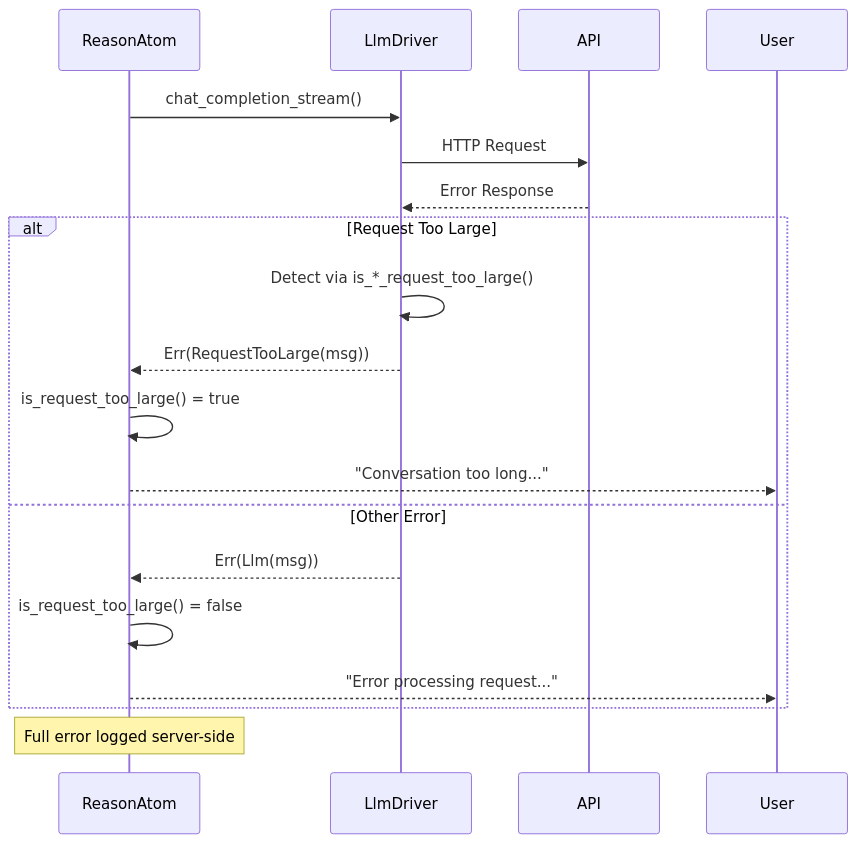
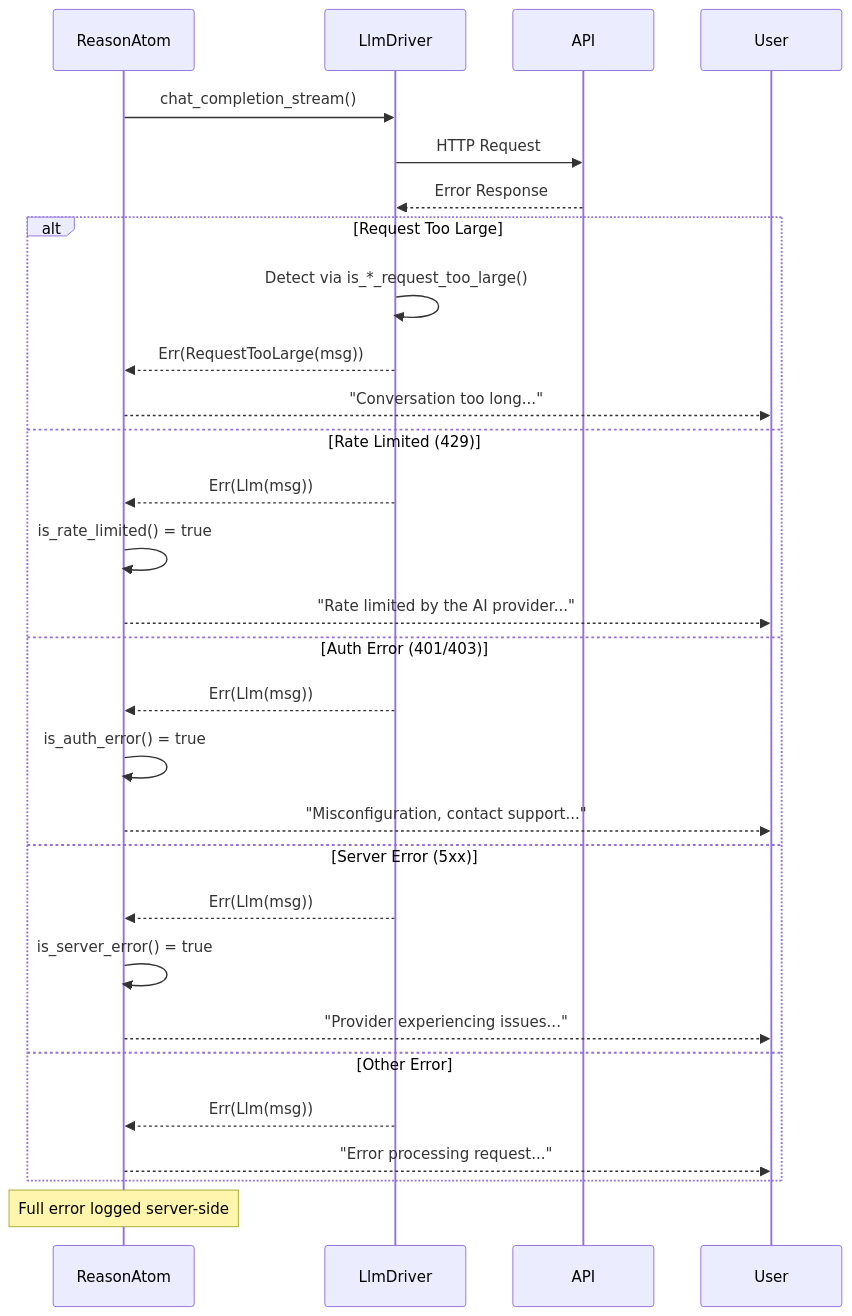
Before and after one commit to everruns/everruns: the second of 2 diagrams in specs/llm-drivers.md, drawn with Mermaid. The commit also changed other lines of this file and 3 other files, not shown here.

````diff
--- a/specs/llm-drivers.md
+++ b/specs/llm-drivers.md
@@ -235,23 +235,33 @@
 ```mermaid
 sequenceDiagram
     participant R as ReasonAtom
     participant D as LlmDriver
     participant A as API
 
     R->>D: chat_completion_stream()
     D->>A: HTTP Request
     A-->>D: Error Response
 
     alt Request Too Large
         D->>D: Detect via is_*_request_too_large()
         D-->>R: Err(RequestTooLarge(msg))
-        R->>R: is_request_too_large() = true
         R-->>User: "Conversation too long..."
+    else Rate Limited (429)
+        D-->>R: Err(Llm(msg))
+        R->>R: is_rate_limited() = true
+        R-->>User: "Rate limited by the AI provider..."
+    else Auth Error (401/403)
+        D-->>R: Err(Llm(msg))
+        R->>R: is_auth_error() = true
+        R-->>User: "Misconfiguration, contact support..."
+    else Server Error (5xx)
+        D-->>R: Err(Llm(msg))
+        R->>R: is_server_error() = true
+        R-->>User: "Provider experiencing issues..."
     else Other Error
         D-->>R: Err(Llm(msg))
-        R->>R: is_request_too_large() = false
         R-->>User: "Error processing request..."
     end
 
     Note over R: Full error logged server-side
 ```
````
